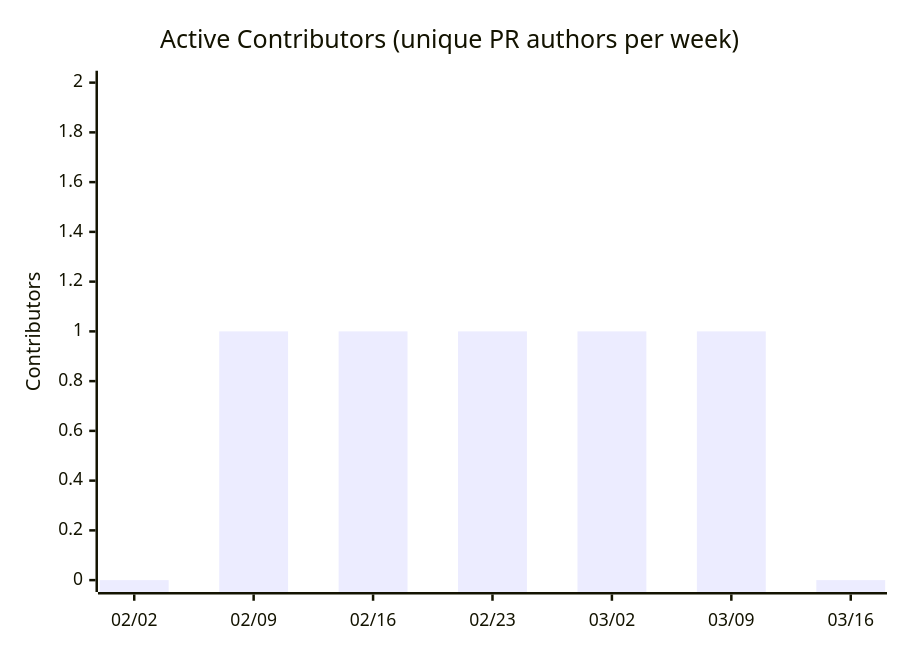
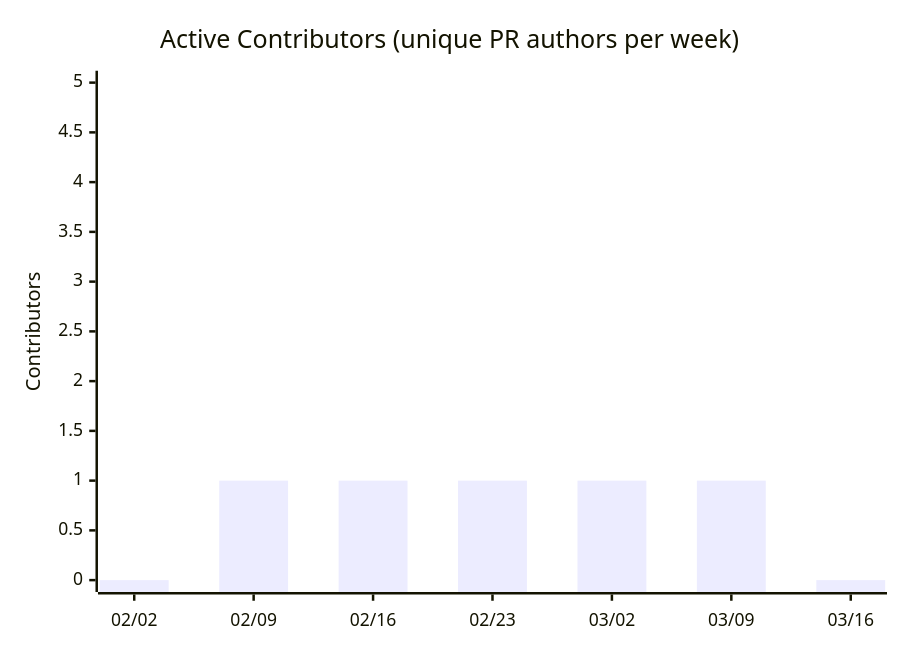
Before and after one commit to nablarch/nabledge-dev: the seventh of 11 diagrams in docs/metrics.md, drawn with Mermaid. The commit also changed other lines of this file and 1 other file, not shown here.

Commit message:
experiment: add threshold lines to CFR chart

````diff
--- a/docs/metrics.md
+++ b/docs/metrics.md
@@ -84,7 +100,7 @@
 ```mermaid
 xychart-beta
   title "Active Contributors (unique PR authors per week)"
   x-axis ["02/02", "02/09", "02/16", "02/23", "03/02", "03/09", "03/16"]
-  y-axis "Contributors" 0 --> 2
+  y-axis "Contributors" 0 --> 5
   bar [0, 1, 1, 1, 1, 1, 0]
 ```
````
